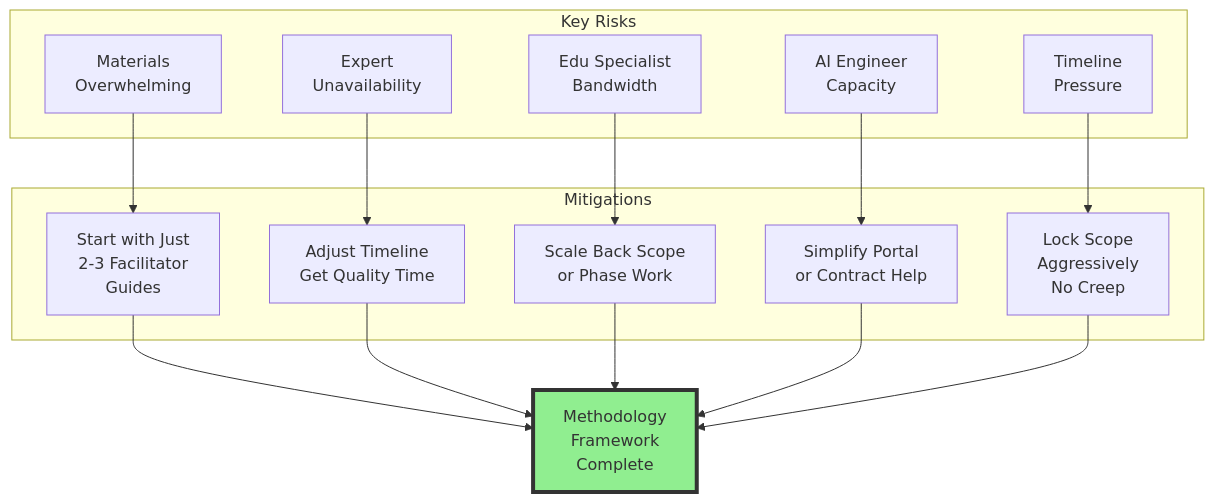
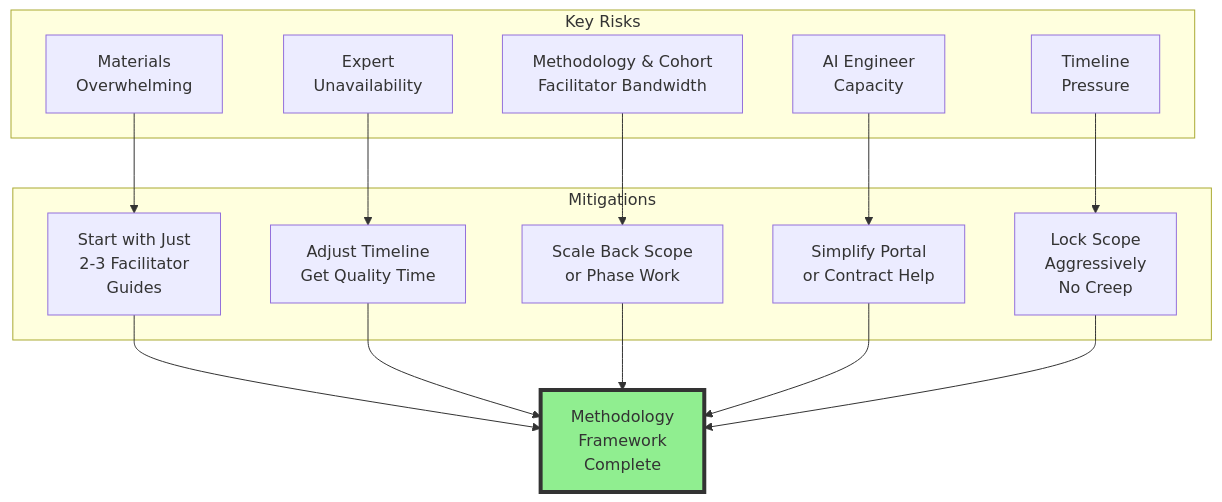
One commit to thedakr/ventre_prod_pi changed the tenth of 10 diagrams in docs/VISUAL-ROADMAP.md. Above: the diagram before and after it, drawn with Mermaid. The commit also changed other lines of this file and 2 other files, not shown here.

First line of the commit message:
Update phase structure to Phase 1-6 with calendar dates and timeline flexibility

````diff
--- a/docs/VISUAL-ROADMAP.md
+++ b/docs/VISUAL-ROADMAP.md
@@ -481,32 +496,32 @@
 ```mermaid
 flowchart TD
     subgraph Risks ["Key Risks"]
         R1[Materials<br/>Overwhelming]
         R2[Expert<br/>Unavailability]
-        R3[Edu Specialist<br/>Bandwidth]
+        R3[Methodology & Cohort<br/>Facilitator Bandwidth]
         R4[AI Engineer<br/>Capacity]
         R5[Timeline<br/>Pressure]
     end
 
     subgraph Mitigations ["Mitigations"]
         M1[Start with Just<br/>2-3 Facilitator<br/>Guides]
         M2[Adjust Timeline<br/>Get Quality Time]
         M3[Scale Back Scope<br/>or Phase Work]
         M4[Simplify Portal<br/>or Contract Help]
         M5[Lock Scope<br/>Aggressively<br/>No Creep]
     end
 
     R1 --> M1
     R2 --> M2
     R3 --> M3
     R4 --> M4
     R5 --> M5
 
     M1 --> Success[Methodology<br/>Framework<br/>Complete]
     M2 --> Success
     M3 --> Success
     M4 --> Success
     M5 --> Success
 
     style Success fill:#90EE90,stroke:#333,stroke-width:4px
 ```
````
